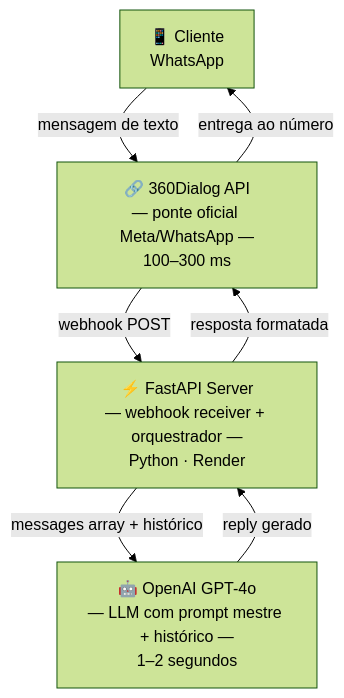
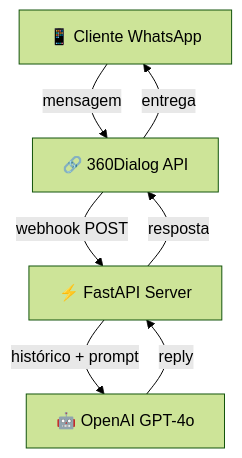
Before and after one commit to zyzerkk/luisotavioguero: the diagram in README.md, drawn with Mermaid (forest theme). The commit also changed other lines of this file, not shown here.

````diff
--- a/README.md
+++ b/README.md
@@ -294,9 +233,9 @@
 ```mermaid
 flowchart TD
-    A["📱 Cliente\nWhatsApp"] -->|"mensagem de texto"| B
-    B["🔗 360Dialog API\n― ponte oficial Meta/WhatsApp ―\n100–300 ms"] -->|"webhook POST"| C
-    C["⚡ FastAPI Server\n― webhook receiver + orquestrador ―\nPython · Render"] -->|"messages array + histórico"| D
-    D["🤖 OpenAI GPT-4o\n― LLM com prompt mestre + histórico ―\n1–2 segundos"] -->|"reply gerado"| C
-    C -->|"resposta formatada"| B
-    B -->|"entrega ao número"| A
+    A["📱 Cliente WhatsApp"] -->|mensagem| B["🔗 360Dialog API"]
+    B -->|webhook POST| C["⚡ FastAPI Server"]
+    C -->|histórico + prompt| D["🤖 OpenAI GPT-4o"]
+    D -->|reply| C
+    C -->|resposta| B
+    B -->|entrega| A
 ```
````
